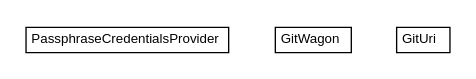
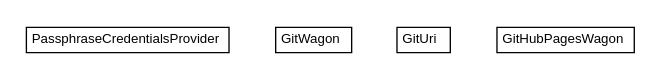
One commit to trajano/wagon-git changed the diagram in apidocs/net/trajano/wagon/git/net.trajano.wagon.git.dot. Above: the diagram before and after it, drawn with Graphviz. The commit also changed 126 other files, not shown here.

Commit message:
wagon-git commit

```diff
--- a/apidocs/net/trajano/wagon/git/net.trajano.wagon.git.dot
+++ b/apidocs/net/trajano/wagon/git/net.trajano.wagon.git.dot
@@ -1,30 +1,36 @@
 #!/usr/local/bin/dot
 #
 # Class diagram 
 # Generated by UMLGraph version R5_6-24-gf6e263 (http://www.umlgraph.org/)
 #
 
 digraph G {
 	edge [fontname="arial",fontsize=10,labelfontname="arial",labelfontsize=10];
 	node [fontname="arial",fontsize=10,shape=plaintext];
 	nodesep=0.25;
 	ranksep=0.5;
 	// net.trajano.wagon.git.PassphraseCredentialsProvider
 	c0 [label=<<table title="net.trajano.wagon.git.PassphraseCredentialsProvider" border="0" cellborder="1" cellspacing="0" cellpadding="2" port="p" href="./PassphraseCredentialsProvider.html">
 		<tr><td><table border="0" cellspacing="0" cellpadding="1">
 <tr><td align="center" balign="center"> PassphraseCredentialsProvider </td></tr>
 		</table></td></tr>
 		</table>>, URL="./PassphraseCredentialsProvider.html", fontname="arial", fontcolor="black", fontsize=10.0];
 	// net.trajano.wagon.git.GitWagon
 	c1 [label=<<table title="net.trajano.wagon.git.GitWagon" border="0" cellborder="1" cellspacing="0" cellpadding="2" port="p" href="./GitWagon.html">
 		<tr><td><table border="0" cellspacing="0" cellpadding="1">
 <tr><td align="center" balign="center"> GitWagon </td></tr>
 		</table></td></tr>
 		</table>>, URL="./GitWagon.html", fontname="arial", fontcolor="black", fontsize=10.0];
 	// net.trajano.wagon.git.GitUri
 	c2 [label=<<table title="net.trajano.wagon.git.GitUri" border="0" cellborder="1" cellspacing="0" cellpadding="2" port="p" href="./GitUri.html">
 		<tr><td><table border="0" cellspacing="0" cellpadding="1">
 <tr><td align="center" balign="center"> GitUri </td></tr>
 		</table></td></tr>
 		</table>>, URL="./GitUri.html", fontname="arial", fontcolor="black", fontsize=10.0];
+	// net.trajano.wagon.git.GitHubPagesWagon
+	c3 [label=<<table title="net.trajano.wagon.git.GitHubPagesWagon" border="0" cellborder="1" cellspacing="0" cellpadding="2" port="p" href="./GitHubPagesWagon.html">
+		<tr><td><table border="0" cellspacing="0" cellpadding="1">
+<tr><td align="center" balign="center"> GitHubPagesWagon </td></tr>
+		</table></td></tr>
+		</table>>, URL="./GitHubPagesWagon.html", fontname="arial", fontcolor="black", fontsize=10.0];
 }
```
